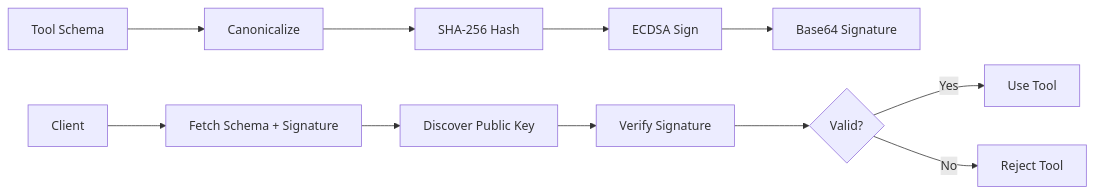
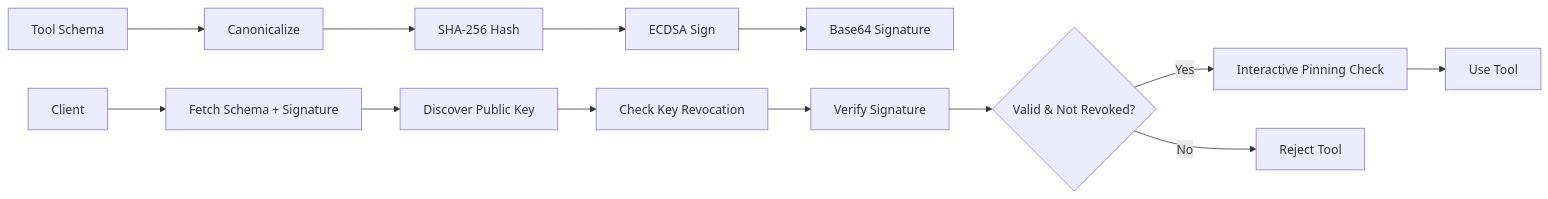
One commit to ThirdKeyAI/SchemaPin changed the second of 2 diagrams in README.md. Above: the diagram before and after it, drawn with Mermaid. The commit also changed other lines of this file and 62 other files, not shown here.

First line of the commit message:
Release v1.1.0: Complete SchemaPin enhancement implementation

````diff
--- a/README.md
+++ b/README.md
@@ -174,14 +241,16 @@
 ```mermaid
 graph LR
     A[Tool Schema] --> B[Canonicalize]
     B --> C[SHA-256 Hash]
     C --> D[ECDSA Sign]
     D --> E[Base64 Signature]
     
     F[Client] --> G[Fetch Schema + Signature]
     G --> H[Discover Public Key]
-    H --> I[Verify Signature]
-    I --> J{Valid?}
-    J -->|Yes| K[Use Tool]
-    J -->|No| L[Reject Tool]
+    H --> I[Check Key Revocation]
+    I --> J[Verify Signature]
+    J --> K{Valid & Not Revoked?}
+    K -->|Yes| L[Interactive Pinning Check]
+    L --> M[Use Tool]
+    K -->|No| N[Reject Tool]
 ```
````
